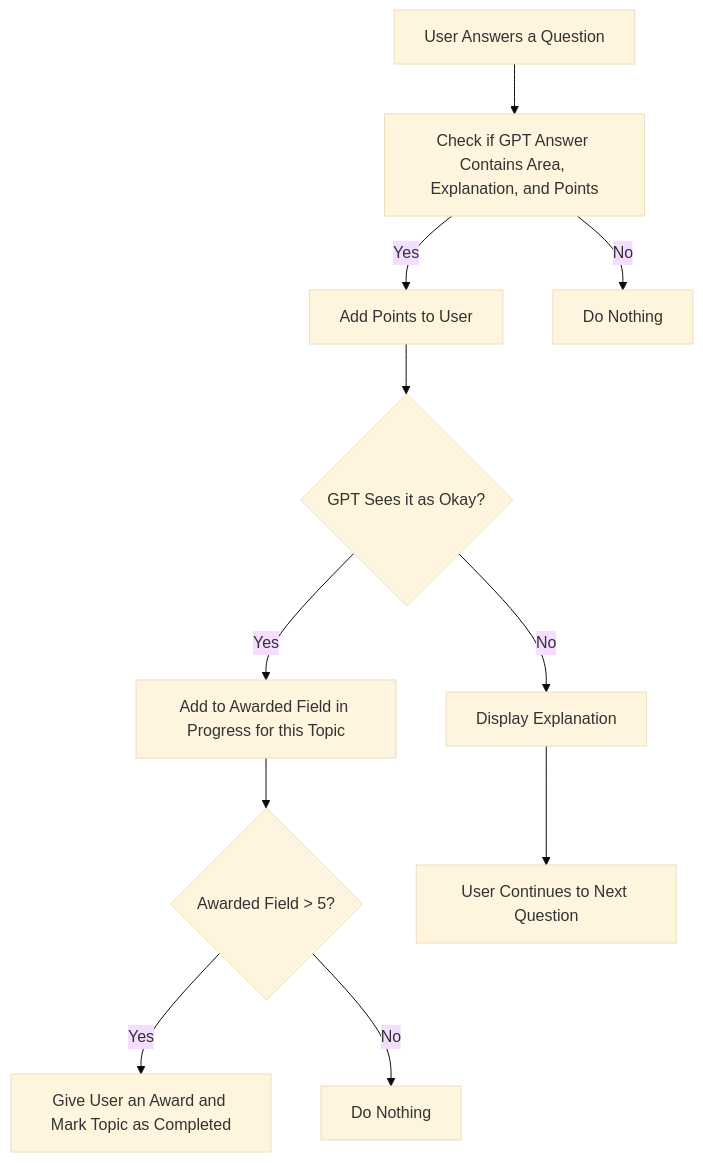
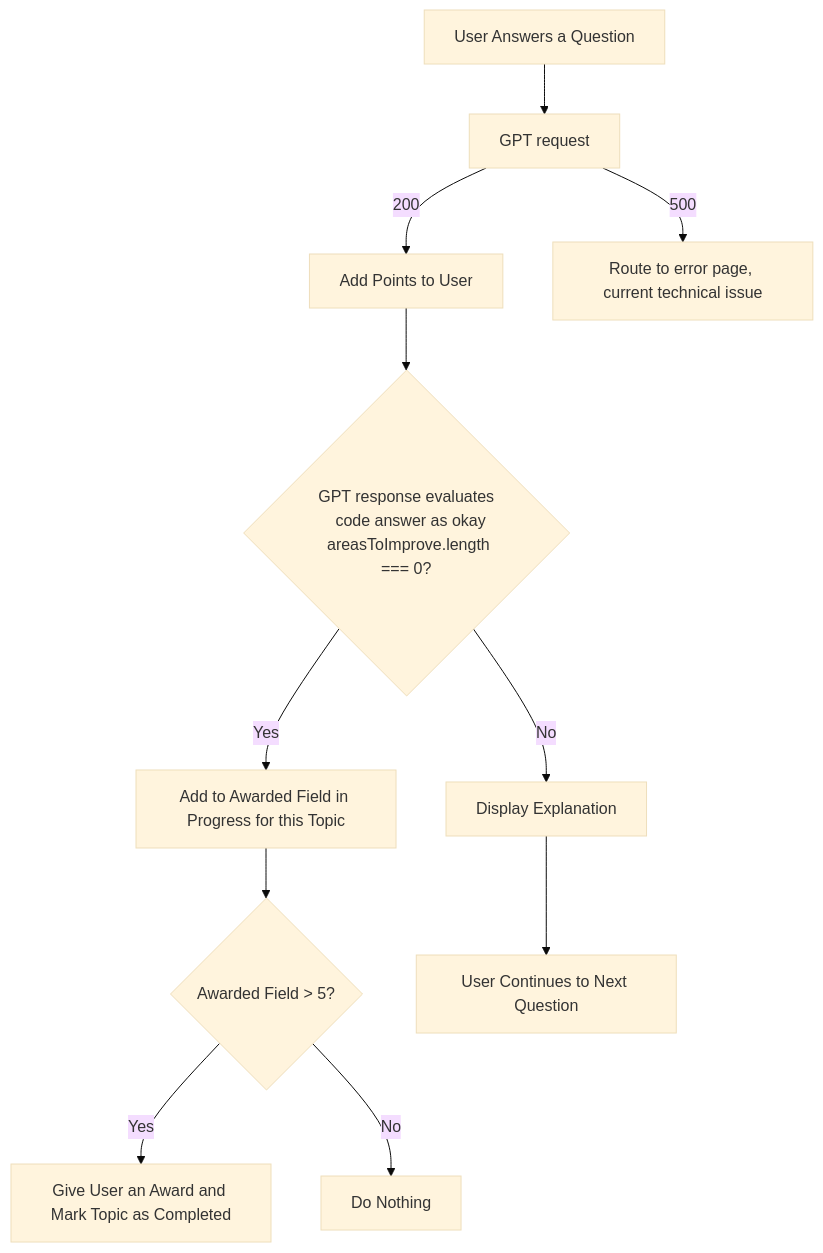
Before and after one commit to stepsen89/eduplay-nexus: the second of 3 diagrams in FlowChart.md, drawn with Mermaid (base theme). The commit also changed other lines of this file and 13 other files, not shown here.

````diff
--- a/FlowChart.md
+++ b/FlowChart.md
@@ -10,14 +15,16 @@
 ```mermaid
 
 graph TB
-  A[User Answers a Question] --> B[Check if GPT Answer Contains Area, Explanation, and Points]
-  B --> |Yes| C[Add Points to User]
-  B --> |No| D[Do Nothing]
-  C --> E{GPT Sees it as Okay?}
+  A[User Answers a Question] --> B[GPT request]
+  B --> |200| C[Add Points to User]
+  B --> |500| D[Route to error page, current technical issue]
+  C --> E{GPT response evaluates
+  code answer as okay
+  areasToImprove.length === 0?}
   E --> |Yes| F[Add to Awarded Field in Progress for this Topic]
   E --> |No| J[Display Explanation]
   F --> G{Awarded Field > 5?}
   G --> |Yes| H[Give User an Award and Mark Topic as Completed]
   G --> |No| I[Do Nothing]
   J --> K[User Continues to Next Question]
 ```
````
